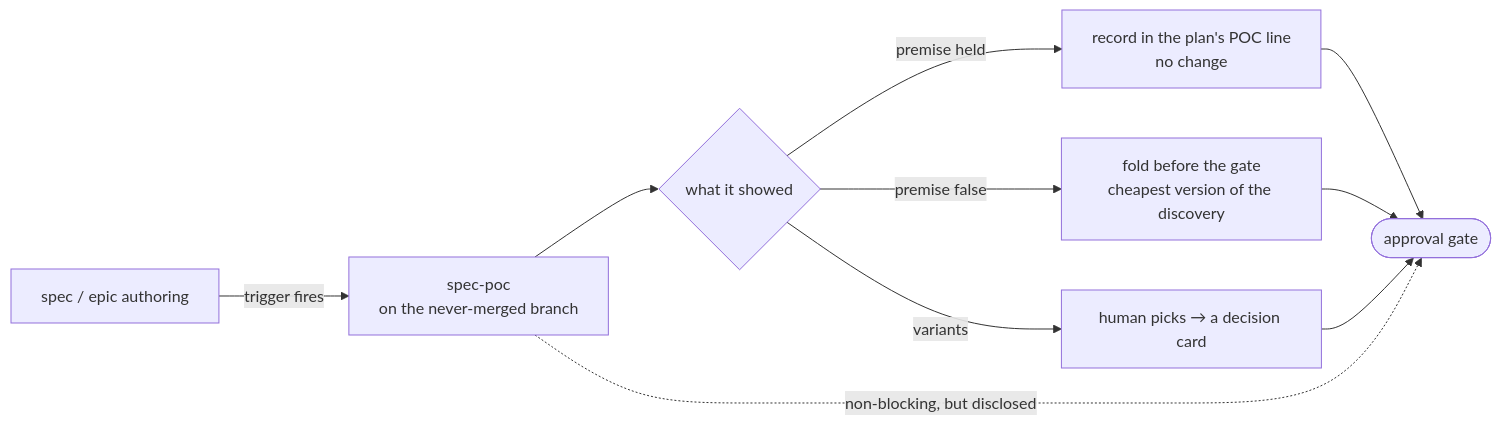
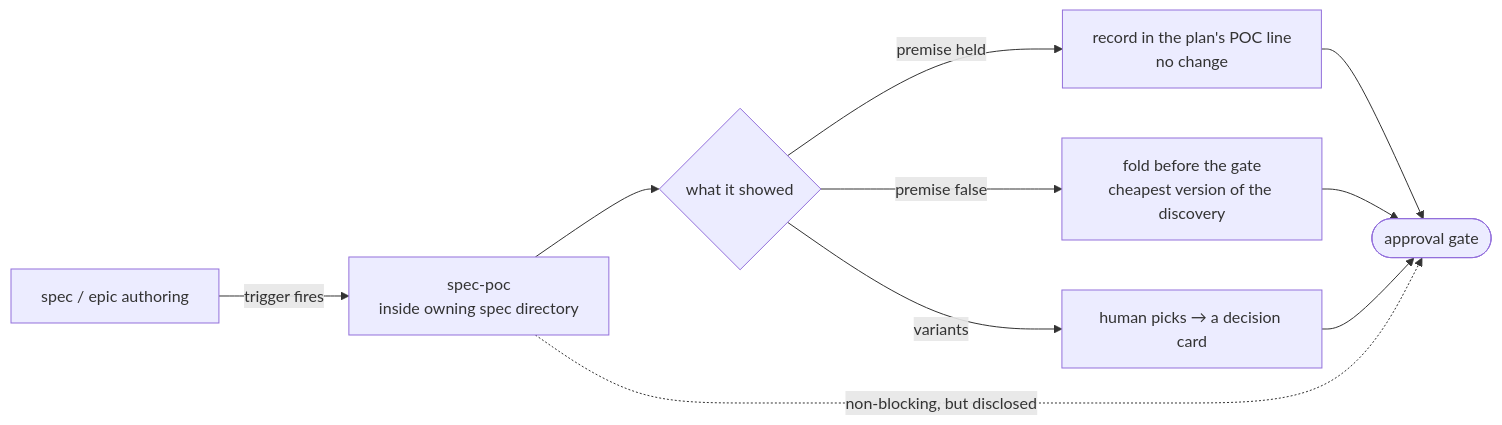
One commit to fixpoint-labs/flow-state-dev changed the third of 5 diagrams in docs/contributing/orchestration.md. Above: the diagram before and after it, drawn with Mermaid. The commit also changed other lines of this file and 46 other files, not shown here.

````diff
--- a/docs/contributing/orchestration.md
+++ b/docs/contributing/orchestration.md
@@ -851,10 +778,10 @@
 ```mermaid
 flowchart LR
-  A[spec / epic authoring] -->|trigger fires| P[spec-poc<br/>on the never-merged branch]
+  A[spec / epic authoring] -->|trigger fires| P[spec-poc<br/>inside owning spec directory]
   P --> S{what it showed}
   S -->|premise held| R1["record in the plan's POC line<br/>no change"]
   S -->|premise false| R2[fold before the gate<br/>cheapest version of the discovery]
   S -->|variants| R3["human picks → a decision card"]
   R1 & R2 & R3 --> G([approval gate])
   P -.->|non-blocking, but disclosed| G
 ```
````
